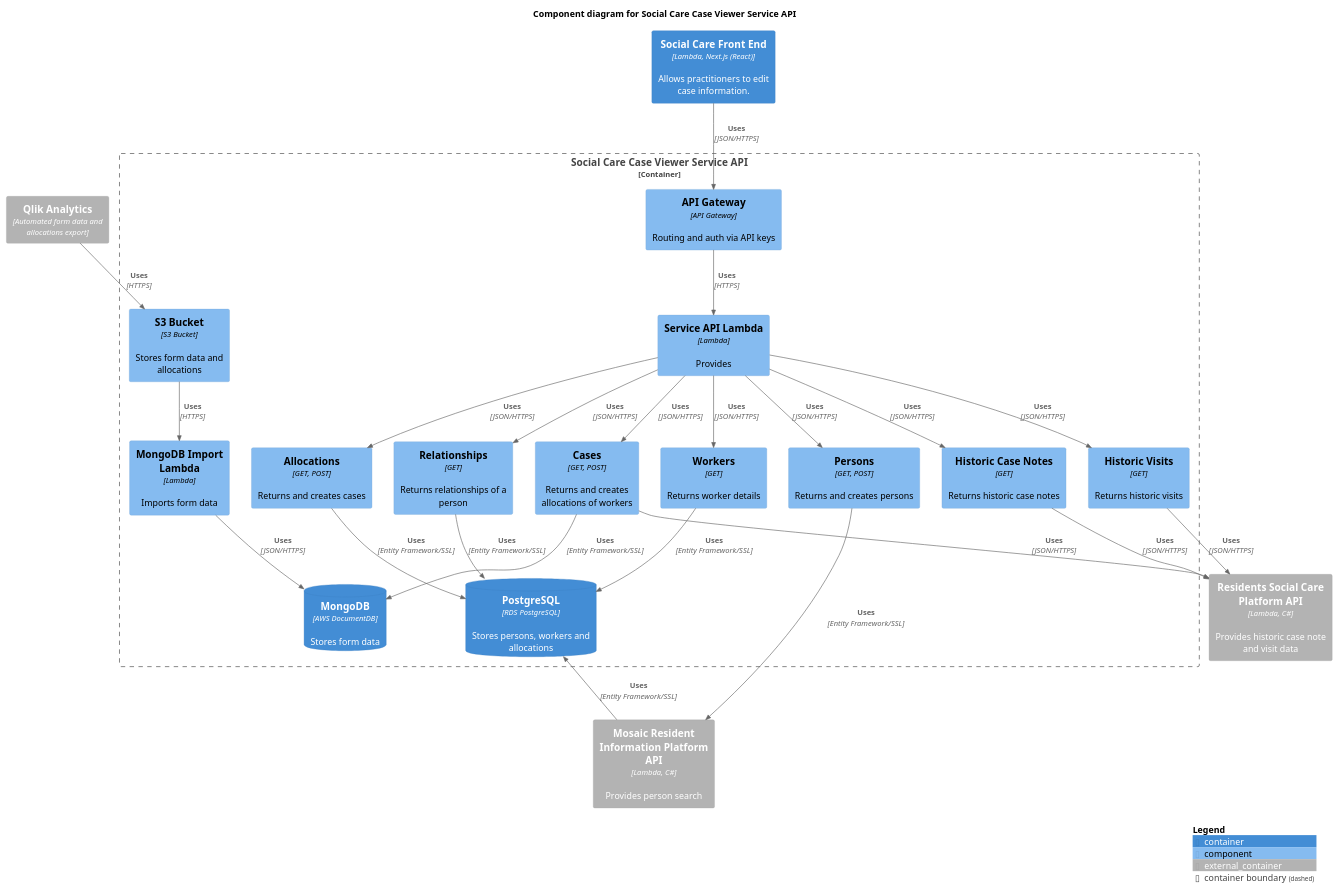
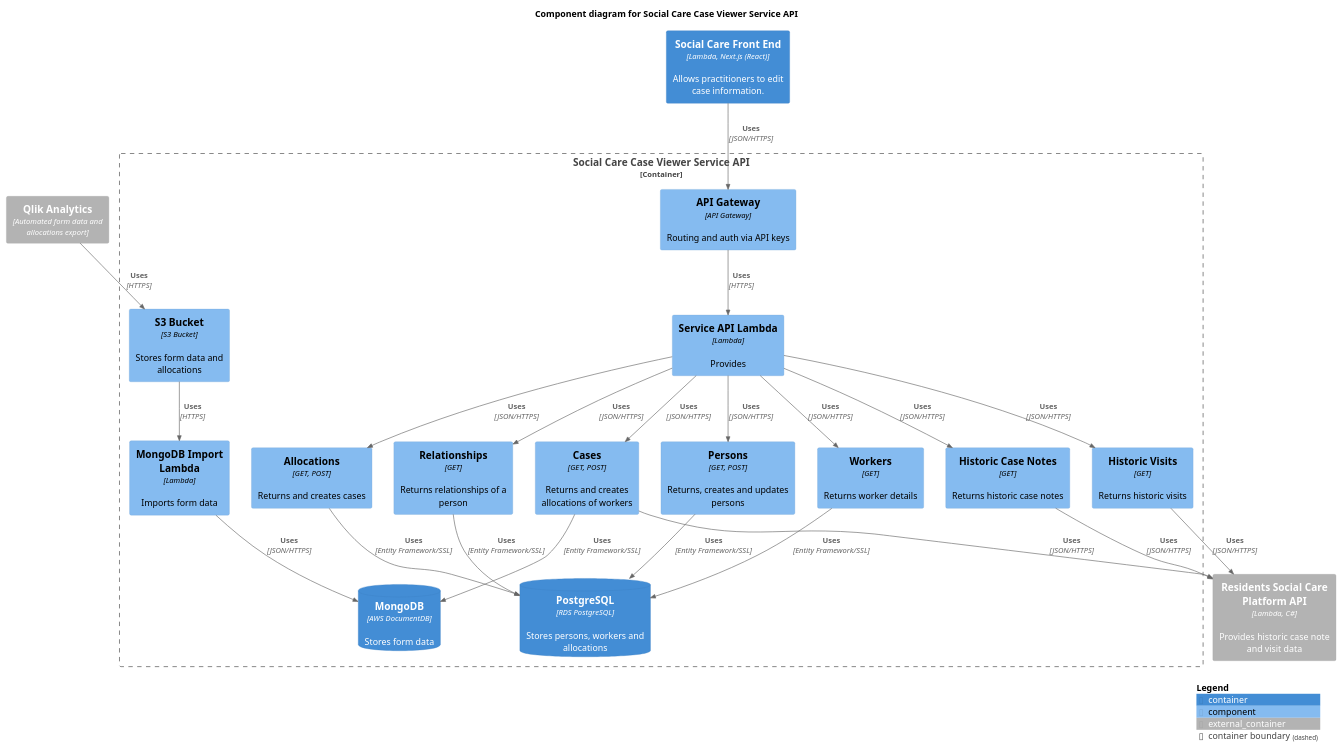
The diagram in docs/component-diagram.iuml (LBHackney-IT/social-care-case-viewer-api), drawn with PlantUML before and after one commit.

Commit message:
remove mosaic resident information platform api container

```diff
--- a/docs/component-diagram.iuml
+++ b/docs/component-diagram.iuml
@@ -1,68 +1,66 @@
 @startuml
 !include https://raw.githubusercontent.com/plantuml-stdlib/C4-PlantUML/master/C4_Component.puml
 ' uncomment the following line and comment the first to use locally
 ' !include C4_Component.puml
 
 ' Colours don't work for some reason
 ' !include https://raw.githubusercontent.com/LBHackney-IT/cv-19-res-support-v3/development/docs/diagrams/c4_shared.puml
 
 'LAYOUT_AS_SKETCH()
 
 title Component diagram for Social Care Case Viewer Service API
 
 Container_Ext(qlik, "Qlik Analytics", "Automated form data and allocations export")
 Container(social_care_front_end, "Social Care Front End", "Lambda, Next.js (React)", "Allows practitioners to edit case information.")
 Container_Ext(resident_social_care_platform_api, "Residents Social Care Platform API",  "Lambda, C#", "Provides historic case note and visit data")
-Container_Ext(mosaic_platform_api, "Mosaic Resident Information Platform API", "Lambda, C#", "Provides person search")
 
 Container_Boundary(api, "Social Care Case Viewer Service API") {
     Component(api_gateway, "API Gateway", "API Gateway", "Routing and auth via API keys")
     Component(api_lambda, "Service API Lambda", "Lambda", "Provides ")
     Component(mongodb_import_lambda, "MongoDB Import Lambda", "Lambda", "Imports form data")
     Component(s3_bucket, "S3 Bucket", "S3 Bucket", "Stores form data and allocations")
 
-    Component(persons, "Persons", "GET, POST", "Returns and creates persons")
+    Component(persons, "Persons", "GET, POST", "Returns, creates and updates persons")
     Component(workers, "Workers", "GET", "Returns worker details")
     Component(allocations, "Allocations", "GET, POST", "Returns and creates cases")
     Component(cases, "Cases", "GET, POST", "Returns and creates allocations of workers")
     Component(relationships, "Relationships", "GET", "Returns relationships of a person")
     Component(historic_case_notes, "Historic Case Notes", "GET", "Returns historic case notes")
     Component(historic_visits, "Historic Visits", "GET", "Returns historic visits")
 
     ContainerDb(postgres, "PostgreSQL", "RDS PostgreSQL", "Stores persons, workers and allocations")
     ContainerDb(mongodb, "MongoDB", "AWS DocumentDB", "Stores form data")
 
     Rel(api_gateway, api_lambda, "Uses", "HTTPS")
     Rel(qlik, s3_bucket, "Uses", "HTTPS")
 
     Rel(s3_bucket, mongodb_import_lambda, "Uses", "HTTPS")
     Rel(mongodb_import_lambda, mongodb, "Uses", "JSON/HTTPS")
 
     Rel(social_care_front_end, api_gateway, "Uses", "JSON/HTTPS")
 
     Rel(api_lambda, persons, "Uses", "JSON/HTTPS")
-    Rel(persons, mosaic_platform_api, "Uses", "Entity Framework/SSL")
-    Rel_U(mosaic_platform_api, postgres, "Uses", "Entity Framework/SSL")
+    Rel(persons, postgres, "Uses", "Entity Framework/SSL")
 
     Rel(api_lambda, workers, "Uses", "JSON/HTTPS")
     Rel(workers, postgres, "Uses", "Entity Framework/SSL")
 
     Rel(api_lambda, allocations, "Uses", "JSON/HTTPS")
     Rel(allocations, postgres, "Uses", "Entity Framework/SSL")
 
     Rel(api_lambda, cases, "Uses", "JSON/HTTPS")
     Rel(cases, mongodb, "Uses", "Entity Framework/SSL")
     Rel(cases, resident_social_care_platform_api, "Uses", "JSON/HTTPS")
 
     Rel(api_lambda, relationships, "Uses", "JSON/HTTPS")
     Rel(relationships, postgres, "Uses", "Entity Framework/SSL")
 
     Rel(api_lambda, historic_case_notes, "Uses", "JSON/HTTPS")
     Rel(historic_case_notes, resident_social_care_platform_api, "Uses", "JSON/HTTPS")
 
     Rel(api_lambda, historic_visits, "Uses", "JSON/HTTPS")
     Rel(historic_visits, resident_social_care_platform_api, "Uses", "JSON/HTTPS")
 }
 
 SHOW_DYNAMIC_LEGEND()
 @enduml
```
